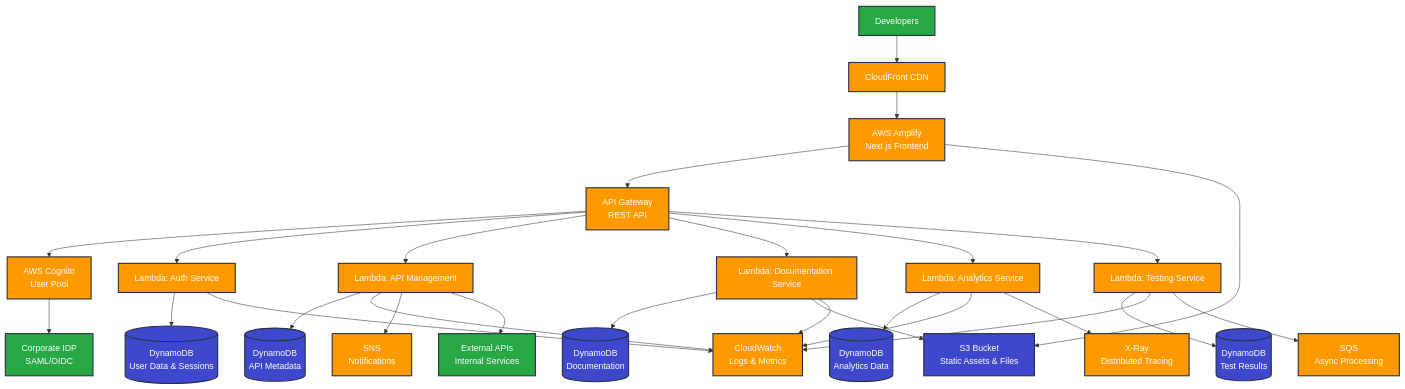
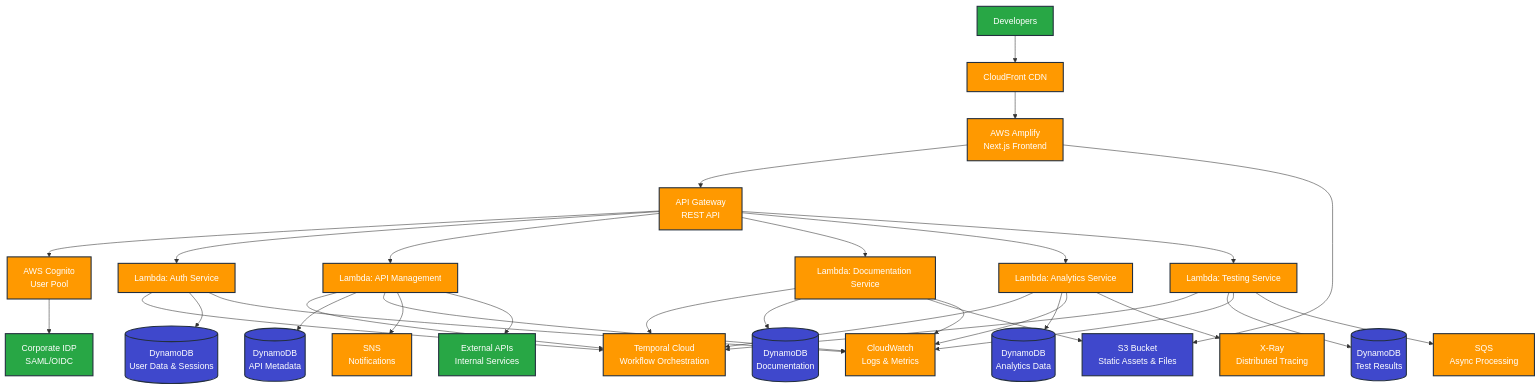
Before and after one commit to harigg/DevPortal: the first of 2 diagrams in ARCHITECTURE.md, drawn with Mermaid. The commit also changed other lines of this file and 4 other files, not shown here.

````diff
--- a/ARCHITECTURE.md
+++ b/ARCHITECTURE.md
@@ -9,57 +148,64 @@
 ```mermaid
 graph TB
     %% External Users
     Dev[Developers] --> CF[CloudFront CDN]
     
     %% Frontend Layer
     CF --> Amplify[AWS Amplify<br/>Next.js Frontend]
     
     %% API Gateway Layer
     Amplify --> APIGW[API Gateway<br/>REST API]
     
     %% Authentication
     APIGW --> Cognito[AWS Cognito<br/>User Pool]
     Cognito --> IDP[Corporate IDP<br/>SAML/OIDC]
     
     %% Lambda Functions
     APIGW --> Lambda1[Lambda: Auth Service]
     APIGW --> Lambda2[Lambda: API Management]
     APIGW --> Lambda3[Lambda: Documentation Service]
     APIGW --> Lambda4[Lambda: Analytics Service]
     APIGW --> Lambda5[Lambda: Testing Service]
+    
+    %% Temporal Workflow Engine
+    Lambda1 --> Temporal[Temporal Cloud<br/>Workflow Orchestration]
+    Lambda2 --> Temporal
+    Lambda3 --> Temporal
+    Lambda4 --> Temporal
+    Lambda5 --> Temporal
     
     %% Database Layer
     Lambda1 --> DynamoDB[(DynamoDB<br/>User Data & Sessions)]
     Lambda2 --> DynamoDB2[(DynamoDB<br/>API Metadata)]
     Lambda3 --> DynamoDB3[(DynamoDB<br/>Documentation)]
     Lambda4 --> DynamoDB4[(DynamoDB<br/>Analytics Data)]
     Lambda5 --> DynamoDB5[(DynamoDB<br/>Test Results)]
     
     %% Storage
     Lambda3 --> S3[S3 Bucket<br/>Static Assets & Files]
     Amplify --> S3
     
     %% Monitoring & Logging
     Lambda1 --> CloudWatch[CloudWatch<br/>Logs & Metrics]
     Lambda2 --> CloudWatch
     Lambda3 --> CloudWatch
     Lambda4 --> CloudWatch
     Lambda5 --> CloudWatch
     
     %% Additional Services
     Lambda4 --> XRay[X-Ray<br/>Distributed Tracing]
     Lambda2 --> SNS[SNS<br/>Notifications]
     Lambda5 --> SQS[SQS<br/>Async Processing]
     
     %% External APIs
     Lambda2 --> ExtAPI[External APIs<br/>Internal Services]
     
     %% Styling
     classDef aws fill:#ff9900,stroke:#232f3e,stroke-width:2px,color:#fff
     classDef database fill:#3f48cc,stroke:#232f3e,stroke-width:2px,color:#fff
     classDef external fill:#28a745,stroke:#232f3e,stroke-width:2px,color:#fff
     
-    class CF,Amplify,APIGW,Cognito,Lambda1,Lambda2,Lambda3,Lambda4,Lambda5,CloudWatch,XRay,SNS,SQS aws
+    class CF,Amplify,APIGW,Cognito,Lambda1,Lambda2,Lambda3,Lambda4,Lambda5,Temporal,CloudWatch,XRay,SNS,SQS aws
     class DynamoDB,DynamoDB2,DynamoDB3,DynamoDB4,DynamoDB5,S3 database
     class Dev,IDP,ExtAPI external
 ```
````
